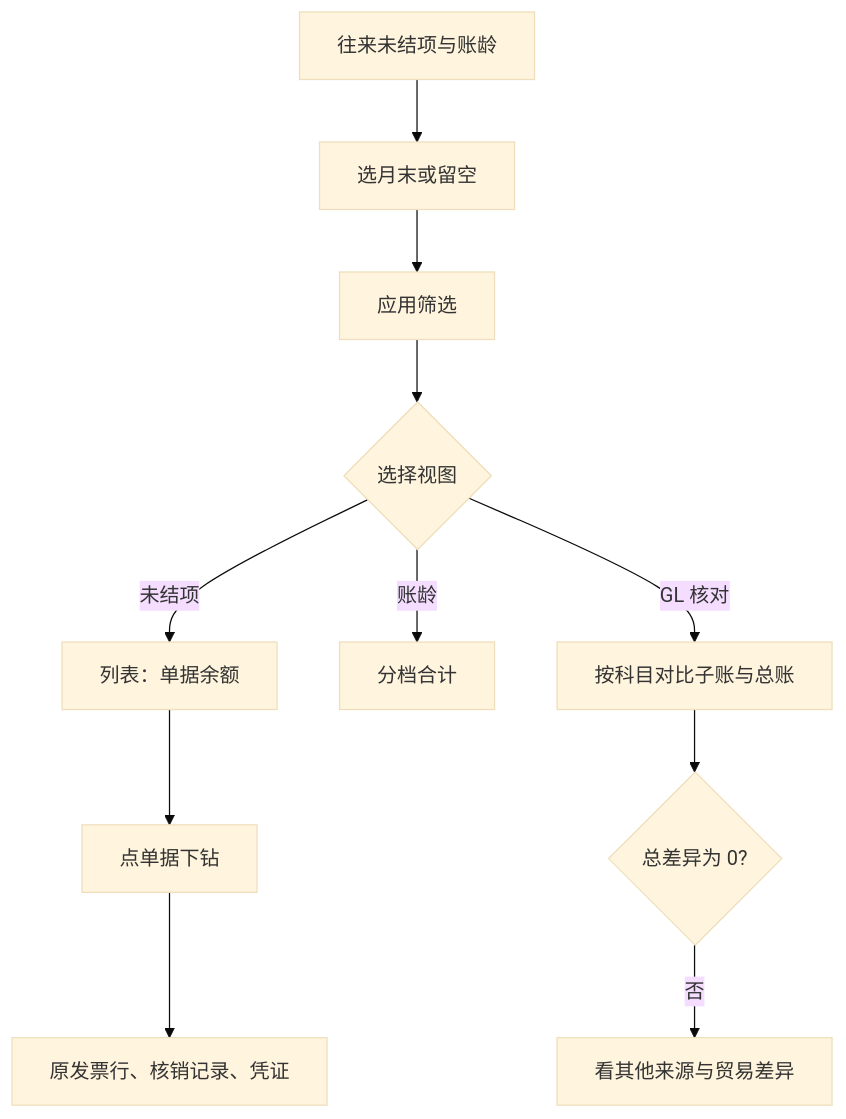
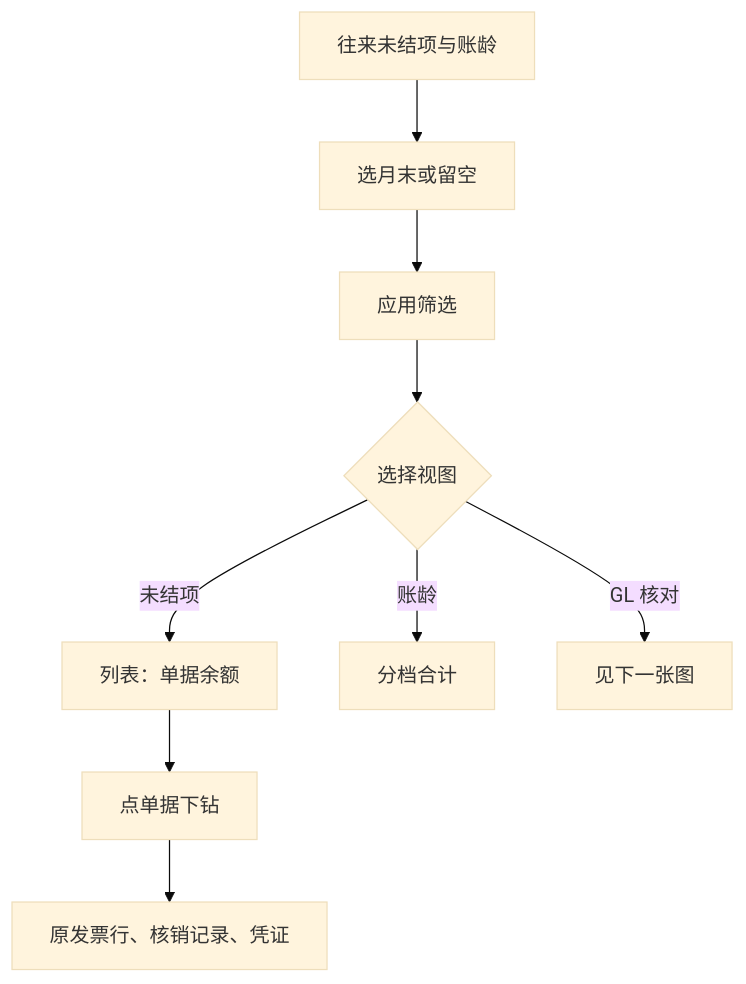
Before and after one commit to lingshf/ai-native-erp: the fifth of 7 diagrams in docs/flows/trade-flow.md, drawn with Mermaid (base theme). The commit also changed other lines of this file and 8 other files, not shown here.

````diff
--- a/docs/flows/trade-flow.md
+++ b/docs/flows/trade-flow.md
@@ -81,13 +81,11 @@
 ```mermaid
 flowchart TD
   A["往来未结项与账龄"] --> B["选月末或留空"]
   B --> C["应用筛选"]
   C --> D{"选择视图"}
   D -- 未结项 --> E["列表：单据余额"]
   D -- 账龄 --> F["分档合计"]
-  D -- GL 核对 --> G["按科目对比子账与总账"]
+  D -- GL 核对 --> G["见下一张图"]
   E --> H["点单据下钻"]
   H --> I["原发票行、核销记录、凭证"]
-  G --> J{"总差异为 0?"}
-  J -- 否 --> K["看其他来源与贸易差异"]
 ```
````
